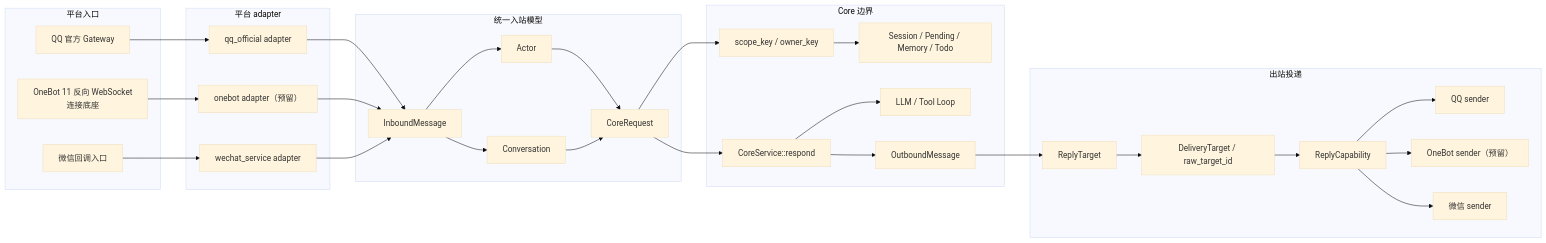
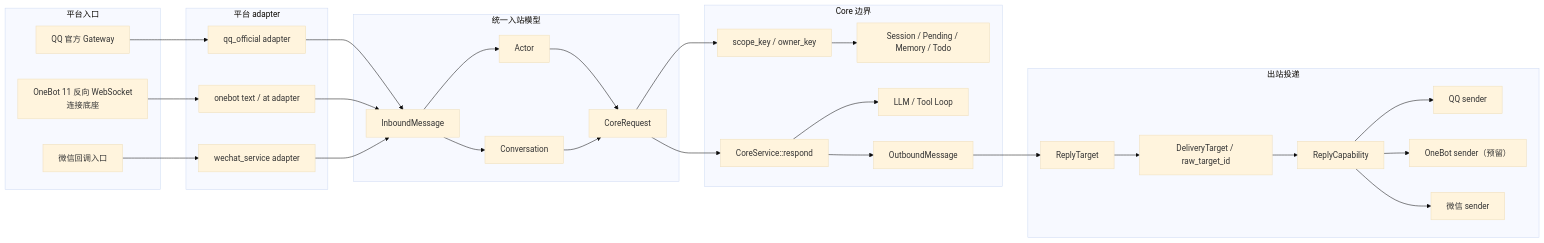
The diagram in qq-maid-gateway-rs/README.md (kuliantnt/qq-maid-bot), drawn with Mermaid (base theme) before and after one commit. The commit also changed other lines of this file and 5 other files, not shown here.

````diff
--- a/qq-maid-gateway-rs/README.md
+++ b/qq-maid-gateway-rs/README.md
@@ -7,52 +7,52 @@
 ```mermaid
 flowchart LR
     subgraph platform_in["平台入口"]
         qq["QQ 官方 Gateway"]
         onebot["OneBot 11 反向 WebSocket<br/>连接底座"]
         wechat["微信回调入口"]
     end
 
     subgraph adapters["平台 adapter"]
         qq_adapter["qq_official adapter"]
-        onebot_adapter["onebot adapter（预留）"]
+        onebot_adapter["onebot text / at adapter"]
         wechat_adapter["wechat_service adapter"]
     end
 
     subgraph inbound["统一入站模型"]
         inbound_msg["InboundMessage"]
         actor["Actor"]
         conversation["Conversation"]
         core_request["CoreRequest"]
     end
 
     subgraph core["Core 边界"]
         core_service["CoreService::respond"]
         business_keys["scope_key / owner_key"]
         state["Session / Pending / Memory / Todo"]
         llm["LLM / Tool Loop"]
         outbound_msg["OutboundMessage"]
     end
 
     subgraph outbound["出站投递"]
         reply_target["ReplyTarget"]
         delivery_target["DeliveryTarget / raw_target_id"]
         capability["ReplyCapability"]
         qq_sender["QQ sender"]
         onebot_sender["OneBot sender（预留）"]
         wechat_sender["微信 sender"]
     end
 
     qq --> qq_adapter --> inbound_msg
     onebot --> onebot_adapter --> inbound_msg
     wechat --> wechat_adapter --> inbound_msg
     inbound_msg --> actor --> core_request
     inbound_msg --> conversation --> core_request
     core_request --> core_service
     core_request --> business_keys --> state
     core_service --> llm
     core_service --> outbound_msg
     outbound_msg --> reply_target --> delivery_target --> capability
     capability --> qq_sender
     capability --> onebot_sender
     capability --> wechat_sender
 ```
````
